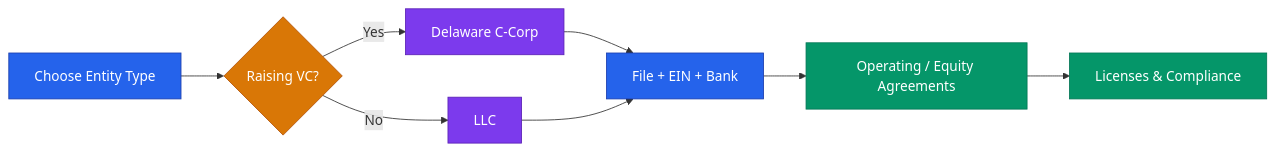
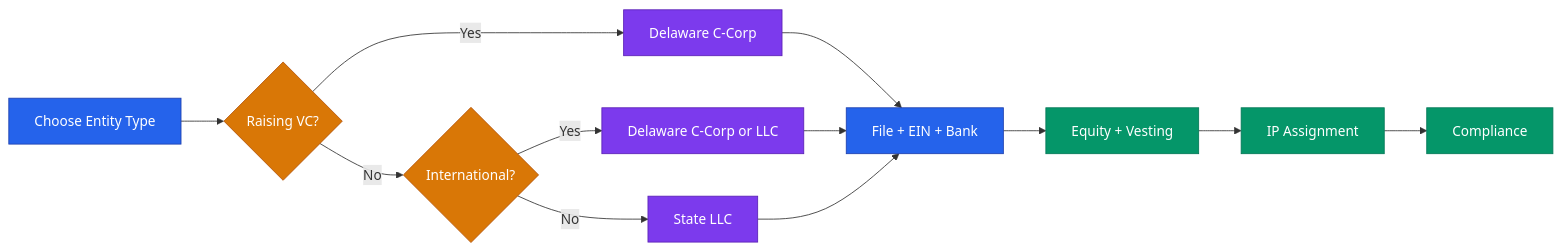
Before and after one commit to dougdevitre/access-to-business: the diagram in references/playbooks/legal-formation.md, drawn with Mermaid. The commit also changed other lines of this file and 8 other files, not shown here.

````diff
--- a/references/playbooks/legal-formation.md
+++ b/references/playbooks/legal-formation.md
@@ -3,17 +3,24 @@
 ```mermaid
 graph LR
     A[Choose Entity Type] --> B{Raising VC?}
     B -- Yes --> C[Delaware C-Corp]
-    B -- No --> D[LLC]
-    C --> E[File + EIN + Bank]
-    D --> E
-    E --> F[Operating / Equity Agreements]
-    F --> G[Licenses & Compliance]
+    B -- No --> D{International?}
+    D -- Yes --> E[Delaware C-Corp or LLC]
+    D -- No --> F[State LLC]
+    C --> G[File + EIN + Bank]
+    E --> G
+    F --> G
+    G --> H[Equity + Vesting]
+    H --> I[IP Assignment]
+    I --> J[Compliance]
     style A fill:#2563eb,stroke:#1e40af,color:#fff
     style B fill:#d97706,stroke:#b45309,color:#fff
     style C fill:#7c3aed,stroke:#5b21b6,color:#fff
-    style D fill:#7c3aed,stroke:#5b21b6,color:#fff
-    style E fill:#2563eb,stroke:#1e40af,color:#fff
-    style F fill:#059669,stroke:#047857,color:#fff
-    style G fill:#059669,stroke:#047857,color:#fff
+    style D fill:#d97706,stroke:#b45309,color:#fff
+    style E fill:#7c3aed,stroke:#5b21b6,color:#fff
+    style F fill:#7c3aed,stroke:#5b21b6,color:#fff
+    style G fill:#2563eb,stroke:#1e40af,color:#fff
+    style H fill:#059669,stroke:#047857,color:#fff
+    style I fill:#059669,stroke:#047857,color:#fff
+    style J fill:#059669,stroke:#047857,color:#fff
 ```
````
